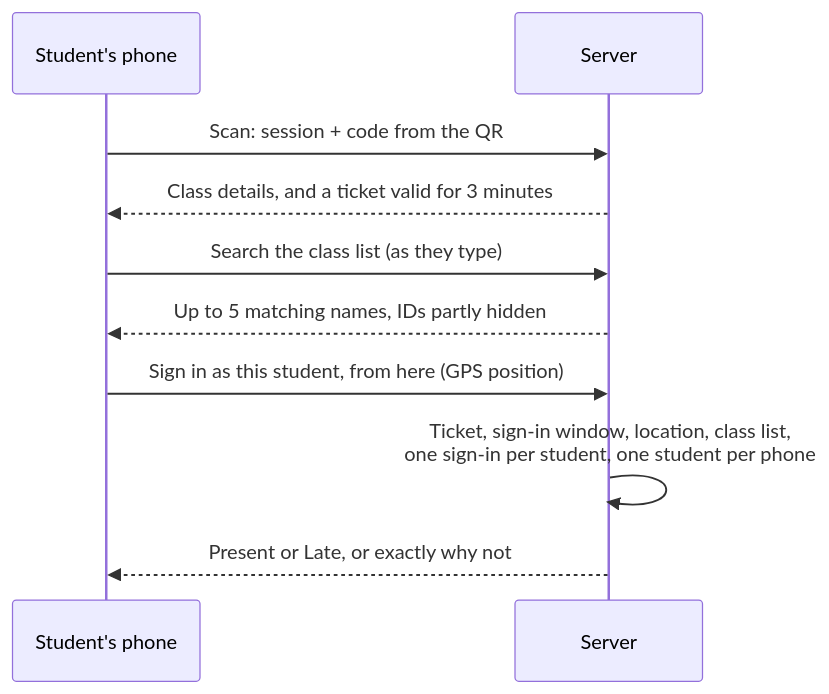
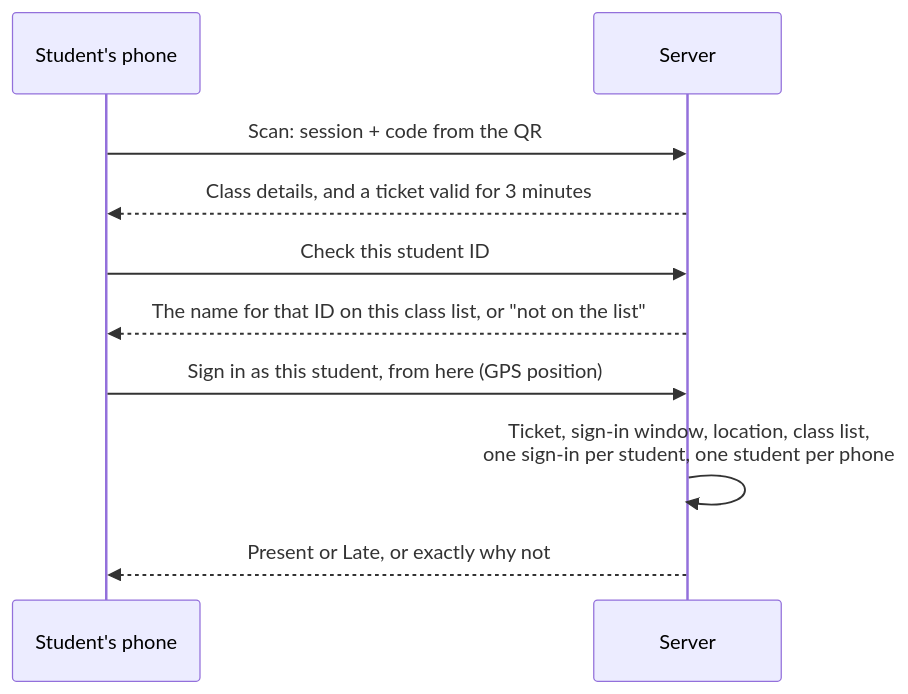
The first of 2 diagrams in README.md (ohemengarhin/qr-attend-showcase), drawn with Mermaid before and after one commit. The commit also changed other lines of this file and 6 other files, not shown here.

````diff
--- a/README.md
+++ b/README.md
@@ -28,12 +28,12 @@
 ```mermaid
 sequenceDiagram
     participant P as Student's phone
     participant S as Server
     P->>S: Scan: session + code from the QR
     S-->>P: Class details, and a ticket valid for 3 minutes
-    P->>S: Search the class list (as they type)
-    S-->>P: Up to 5 matching names, IDs partly hidden
+    P->>S: Check this student ID
+    S-->>P: The name for that ID on this class list, or "not on the list"
     P->>S: Sign in as this student, from here (GPS position)
     S->>S: Ticket, sign-in window, location, class list,<br/>one sign-in per student, one student per phone
     S-->>P: Present or Late, or exactly why not
 ```
````
